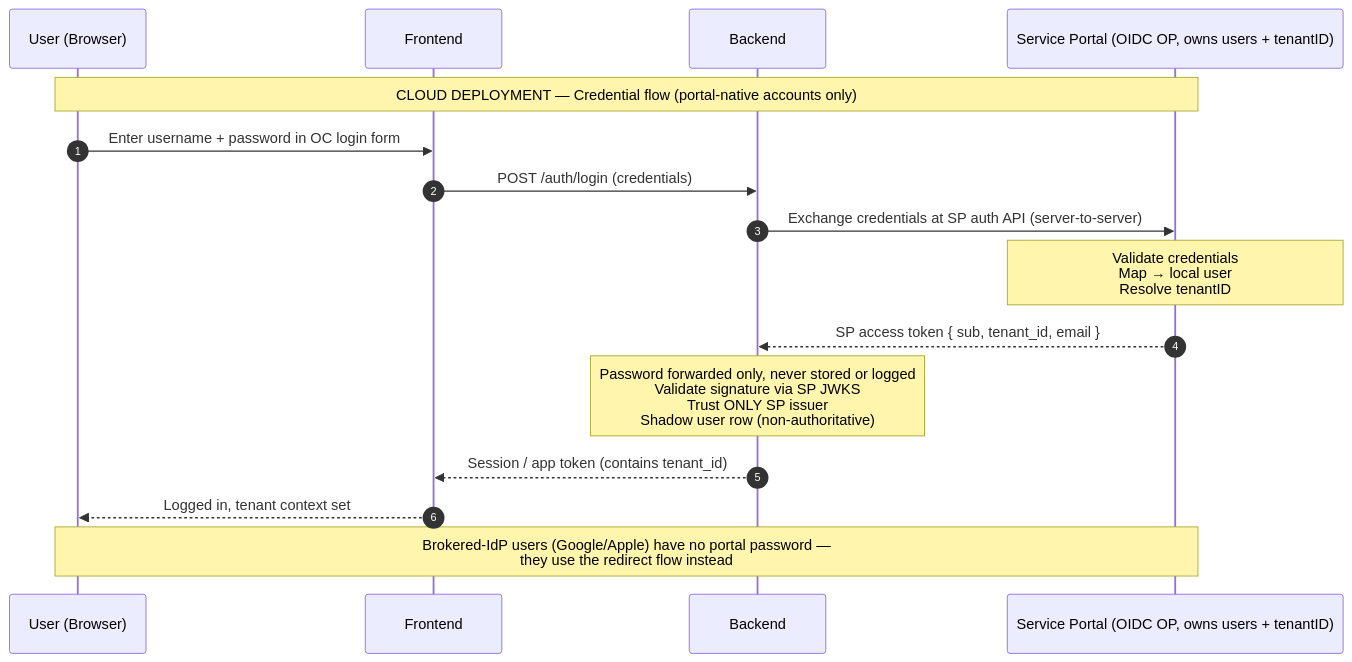
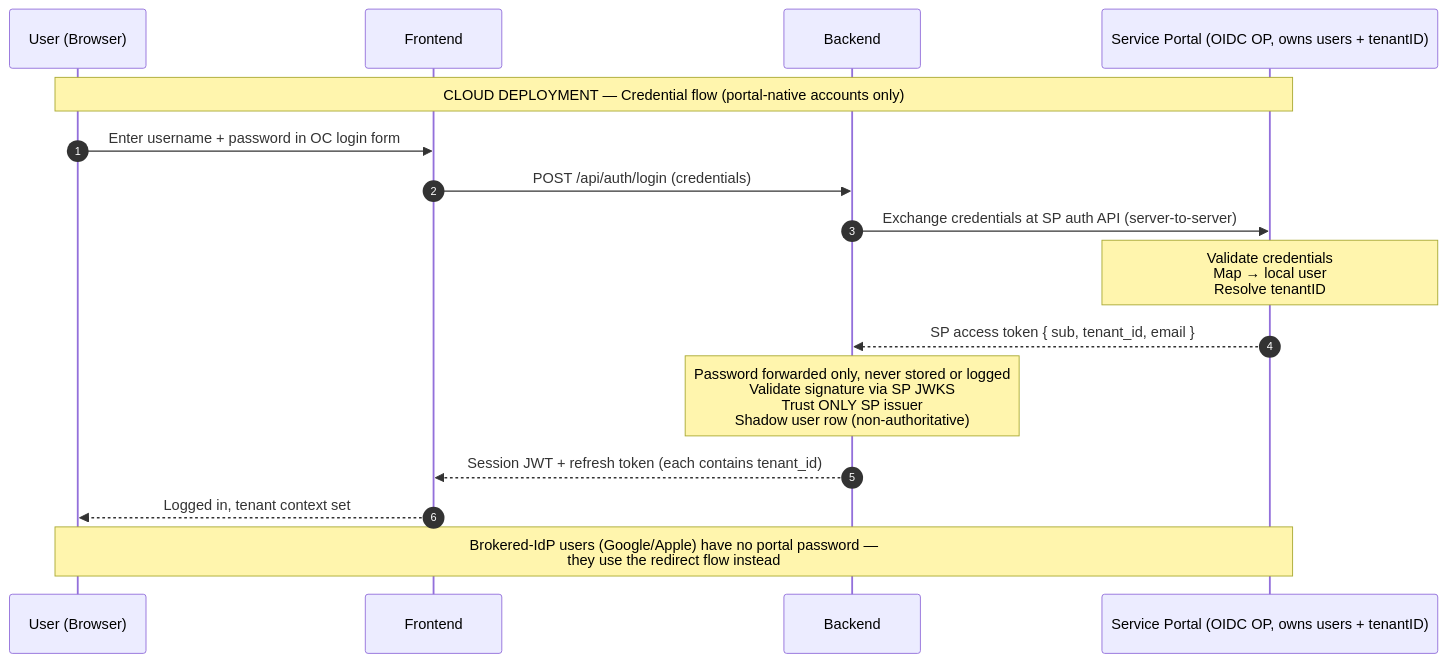
One commit to opencelium/opencelium changed the third of 3 diagrams in src/backend/docs/security/README.md. Above: the diagram before and after it, drawn with Mermaid. The commit also changed other lines of this file and 4 other files, not shown here.

Commit message:
docs: record the authentication decisions in the architecture document

````diff
--- a/src/backend/docs/security/README.md
+++ b/src/backend/docs/security/README.md
@@ -73,21 +73,21 @@
 ```mermaid
 sequenceDiagram
     autonumber
     participant U as User (Browser)
     participant FE as Frontend
     participant BE as Backend
     participant SP as Service Portal (OIDC OP, owns users + tenantID)
 
     Note over U,SP: CLOUD DEPLOYMENT — Credential flow (portal-native accounts only)
 
     U->>FE: Enter username + password in OC login form
-    FE->>BE: POST /auth/login (credentials)
+    FE->>BE: POST /api/auth/login (credentials)
     BE->>SP: Exchange credentials at SP auth API (server-to-server)
     Note over SP: Validate credentials<br/>Map → local user<br/>Resolve tenantID
     SP-->>BE: SP access token { sub, tenant_id, email }
     Note over BE: Password forwarded only, never stored or logged<br/>Validate signature via SP JWKS<br/>Trust ONLY SP issuer<br/>Shadow user row (non-authoritative)
-    BE-->>FE: Session / app token (contains tenant_id)
+    BE-->>FE: Session JWT + refresh token (each contains tenant_id)
     FE-->>U: Logged in, tenant context set
 
     Note over U,SP: Brokered-IdP users (Google/Apple) have no portal password —<br/>they use the redirect flow instead
 ```
````
